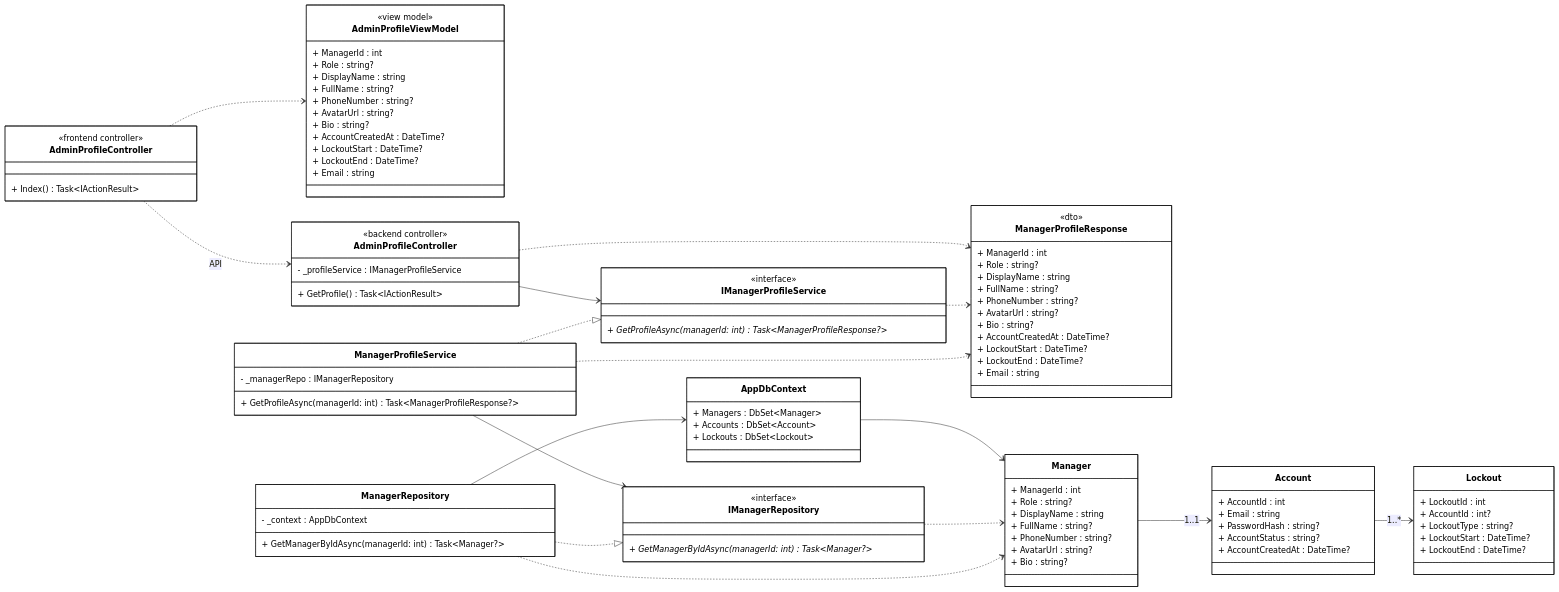
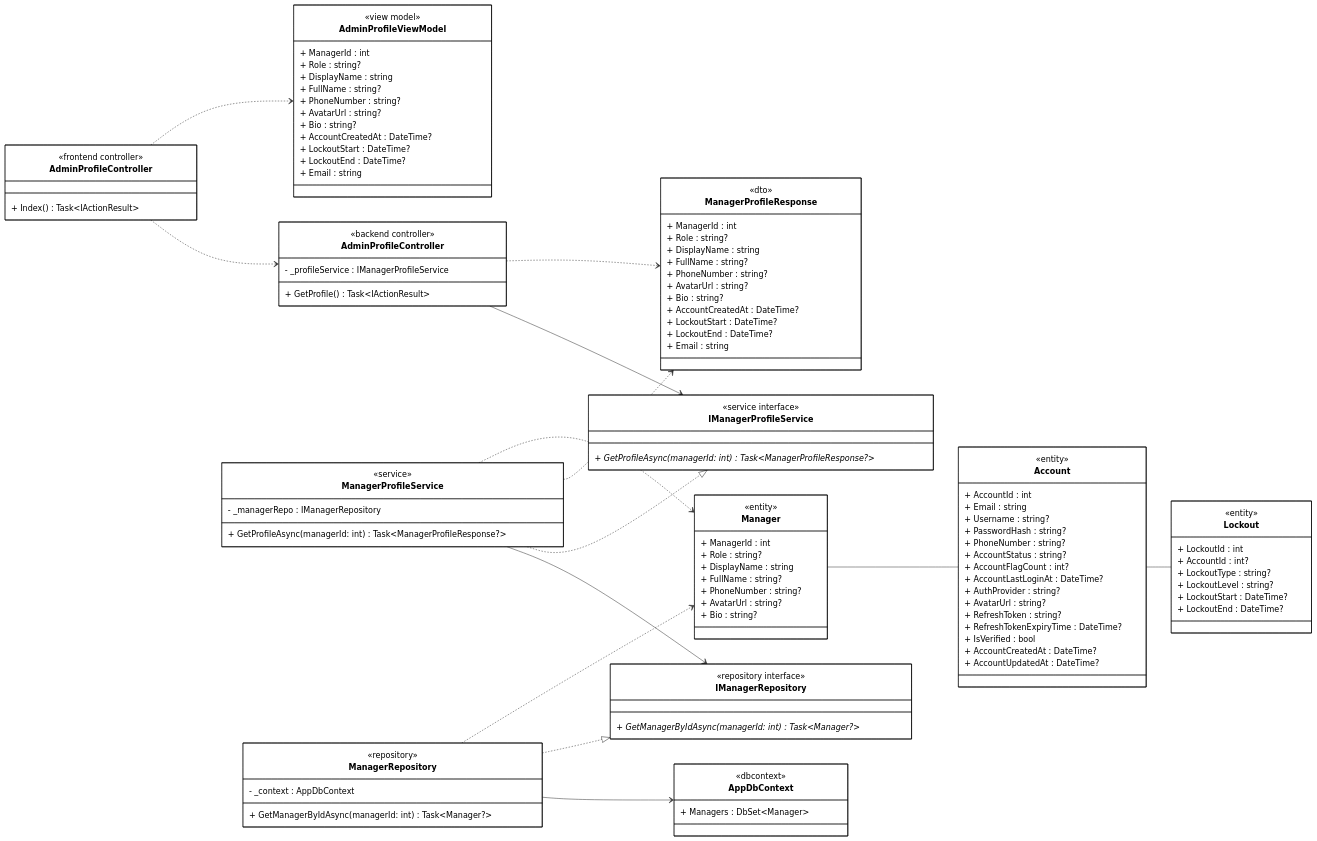
The diagram in diagrams/class_mermaid/Hung/cls_mm_view_manager_profile.mmd (1000do/Linked), drawn with Mermaid before and after one commit. The commit also changed 99 other files, not shown here.

Commit message:
feat: implement finance management module and add extensive system sequence and class diagrams

```diff
--- a/diagrams/class_mermaid/Hung/cls_mm_view_manager_profile.mmd
+++ b/diagrams/class_mermaid/Hung/cls_mm_view_manager_profile.mmd
@@ -1,135 +1,141 @@
 classDiagram-v2
 direction LR
 
 %% ==================== FRONTEND ====================
 
 class AdminProfileControllerFE["AdminProfileController"] {
     <<frontend controller>>
     + Index() Task~IActionResult~
 }
 
 class AdminProfileViewModel {
     <<view model>>
     + ManagerId : int
     + Role : string?
     + DisplayName : string
     + FullName : string?
     + PhoneNumber : string?
     + AvatarUrl : string?
     + Bio : string?
     + AccountCreatedAt : DateTime?
     + LockoutStart : DateTime?
     + LockoutEnd : DateTime?
     + Email : string
 }
 
-%% ==================== BACKEND - CONTROLLERS ====================
+%% ==================== BACKEND ====================
 
 class AdminProfileControllerBE["AdminProfileController"] {
     <<backend controller>>
     - _profileService : IManagerProfileService
     + GetProfile() Task~IActionResult~
 }
 
-%% ==================== BACKEND - DTOs ====================
+class IManagerProfileService {
+    <<service interface>>
+    + GetProfileAsync(managerId: int) Task~ManagerProfileResponse?~ *
+}
+
+class ManagerProfileService {
+    <<service>>
+    - _managerRepo : IManagerRepository
+    + GetProfileAsync(managerId: int) Task~ManagerProfileResponse?~
+}
+
+class IManagerRepository {
+    <<repository interface>>
+    + GetManagerByIdAsync(managerId: int) Task~Manager?~ *
+}
+
+class ManagerRepository {
+    <<repository>>
+    - _context : AppDbContext
+    + GetManagerByIdAsync(managerId: int) Task~Manager?~
+}
+
+class AppDbContext {
+    <<dbcontext>>
+    + Managers : DbSet~Manager~
+}
 
 class ManagerProfileResponse {
     <<dto>>
     + ManagerId : int
     + Role : string?
     + DisplayName : string
     + FullName : string?
     + PhoneNumber : string?
     + AvatarUrl : string?
     + Bio : string?
     + AccountCreatedAt : DateTime?
     + LockoutStart : DateTime?
     + LockoutEnd : DateTime?
     + Email : string
 }
 
-%% ==================== BACKEND - SERVICES ====================
-
-class IManagerProfileService {
-    <<interface>>
-    + GetProfileAsync(managerId: int) Task~ManagerProfileResponse?~ *
-}
-
-class ManagerProfileService {
-    - _managerRepo : IManagerRepository
-    + GetProfileAsync(managerId: int) Task~ManagerProfileResponse?~
-}
-
-%% ==================== BACKEND - REPOSITORIES ====================
-
-class IManagerRepository {
-    <<interface>>
-    + GetManagerByIdAsync(managerId: int) Task~Manager?~ *
-}
-
-class ManagerRepository {
-    - _context : AppDbContext
-    + GetManagerByIdAsync(managerId: int) Task~Manager?~
-}
-
-%% ==================== BACKEND - DB CONTEXT ====================
-
-class AppDbContext {
-    + Managers : DbSet~Manager~
-    + Accounts : DbSet~Account~
-    + Lockouts : DbSet~Lockout~
-}
-
-%% ==================== BACKEND - ENTITIES ====================
+%% ==================== DOMAIN ENTITIES ====================
 
 class Manager {
+    <<entity>>
     + ManagerId : int
     + Role : string?
     + DisplayName : string
     + FullName : string?
     + PhoneNumber : string?
     + AvatarUrl : string?
     + Bio : string?
 }
 
 class Account {
+    <<entity>>
     + AccountId : int
     + Email : string
+    + Username : string?
     + PasswordHash : string?
+    + PhoneNumber : string?
     + AccountStatus : string?
+    + AccountFlagCount : int?
+    + AccountLastLoginAt : DateTime?
+    + AuthProvider : string?
+    + AvatarUrl : string?
+    + RefreshToken : string?
+    + RefreshTokenExpiryTime : DateTime?
+    + IsVerified : bool
     + AccountCreatedAt : DateTime?
+    + AccountUpdatedAt : DateTime?
 }
 
 class Lockout {
+    <<entity>>
     + LockoutId : int
     + AccountId : int?
     + LockoutType : string?
+    + LockoutLevel : string?
     + LockoutStart : DateTime?
     + LockoutEnd : DateTime?
 }
 
 %% ==================== RELATIONSHIPS ====================
 
-%% === UNIDIRECTIONAL ASSOCIATION ===
+%% === ASSOCIATION ===
 AdminProfileControllerBE --> IManagerProfileService
 ManagerProfileService --> IManagerRepository
 ManagerRepository --> AppDbContext
-AppDbContext --> Manager
-Manager --> Account : 1..1
-Account --> Lockout : 1..*
+Manager -- Account
+Account -- Lockout
 
 %% === REALIZATION ===
 ManagerProfileService ..|> IManagerProfileService
 ManagerRepository ..|> IManagerRepository
 
 %% === DEPENDENCY ===
+AdminProfileControllerFE ..> AdminProfileControllerBE
 AdminProfileControllerFE ..> AdminProfileViewModel
-AdminProfileControllerFE ..> AdminProfileControllerBE : API
 AdminProfileControllerBE ..> ManagerProfileResponse
-IManagerProfileService ..> ManagerProfileResponse
 ManagerProfileService ..> ManagerProfileResponse
-IManagerRepository ..> Manager
+ManagerProfileService ..> Manager
 ManagerRepository ..> Manager
 
 %% ==================== STYLES ====================
+
 classDef default fill:#FFFFFF,stroke:#000000,stroke-width:1px,color:#000000
```
